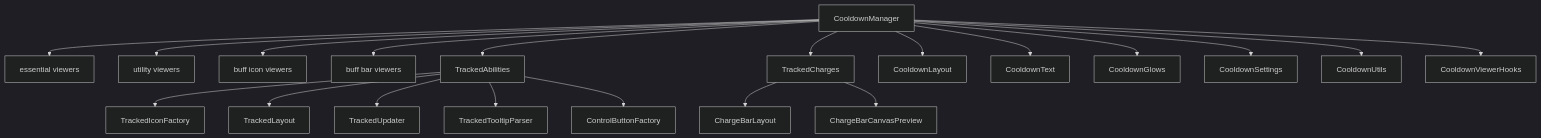
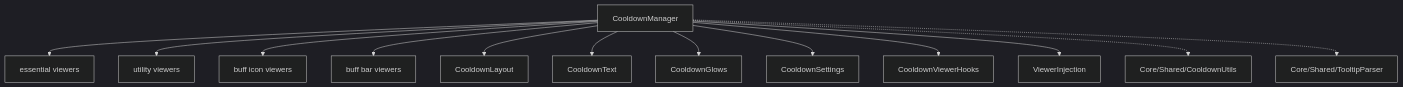
The diagram in Orbit/Plugins/CooldownManager/readme.md (MoONSHO7/Orbit), drawn with Mermaid (dark theme) before and after one commit. The commit also changed other lines of this file and 25 other files, not shown here.

Commit message:
feature(tracked): decouple tracked bars from cooldown manager into standalone plugin

````diff
--- a/Orbit/Plugins/CooldownManager/readme.md
+++ b/Orbit/Plugins/CooldownManager/readme.md
@@ -35,22 +30,15 @@
 ```mermaid
 graph TD
     CDM[CooldownManager] --> Essential[essential viewers]
     CDM --> Utility[utility viewers]
     CDM --> BuffIcon[buff icon viewers]
     CDM --> BuffBar[buff bar viewers]
-    CDM --> Tracked[TrackedAbilities]
-    CDM --> Charges[TrackedCharges]
-    Charges --> ChargeLayout[ChargeBarLayout]
-    Charges --> ChargePreview[ChargeBarCanvasPreview]
-    Tracked --> IconFactory[TrackedIconFactory]
-    Tracked --> TrackedLayoutMod[TrackedLayout]
-    Tracked --> TrackedUpdaterMod[TrackedUpdater]
-    Tracked --> TooltipParser[TrackedTooltipParser]
-    Tracked --> ControlButtons[ControlButtonFactory]
     CDM --> Layout[CooldownLayout]
     CDM --> Text[CooldownText]
     CDM --> Glows[CooldownGlows]
     CDM --> Settings[CooldownSettings]
-    CDM --> Utils[CooldownUtils]
     CDM --> Hooks[CooldownViewerHooks]
+    CDM --> Injection[ViewerInjection]
+    CDM -.-> SharedUtils[Core/Shared/CooldownUtils]
+    CDM -.-> SharedParser[Core/Shared/TooltipParser]
 ```
````
